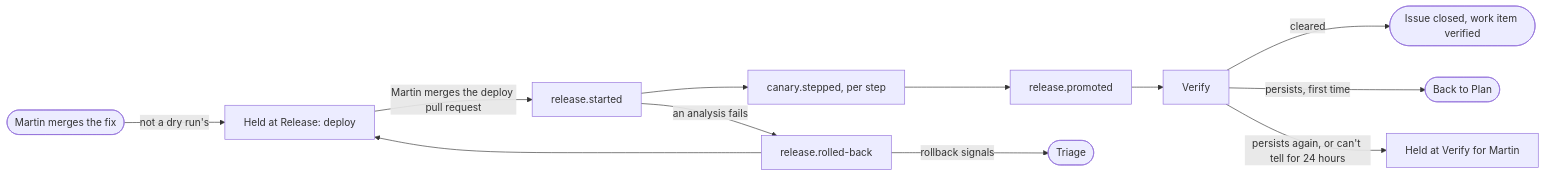
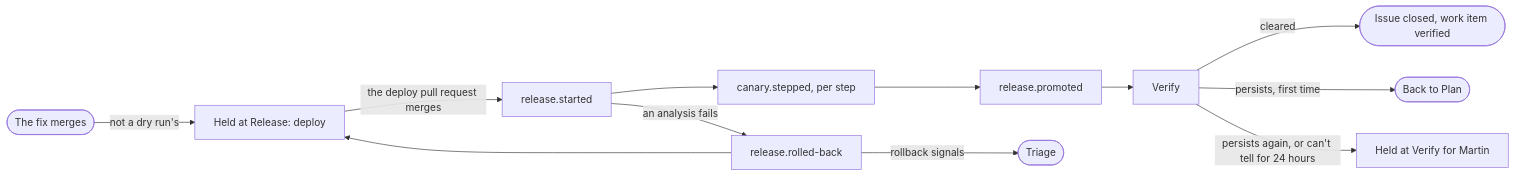
Before and after one commit to mrogan/cv-software-factory: the diagram in docs/COMPONENTS/RELEASE-AND-VERIFY.md, drawn with Mermaid. The commit also changed 3 other files, not shown here.

First line of the commit message:
docs(components): stack the planes diagram, name no merger, fix the intake's reach

````diff
--- a/docs/COMPONENTS/RELEASE-AND-VERIFY.md
+++ b/docs/COMPONENTS/RELEASE-AND-VERIFY.md
@@ -8,14 +8,14 @@
 ```mermaid
 flowchart LR
-  merged([Martin merges the fix]) -- "not a dry run's" --> held[Held at Release: deploy]
-  held -- Martin merges the deploy pull request --> started[release.started]
+  merged([The fix merges]) -- "not a dry run's" --> held[Held at Release: deploy]
+  held -- the deploy pull request merges --> started[release.started]
   started --> stepped[canary.stepped, per step]
   stepped --> promoted[release.promoted]
   started -- "an analysis fails" --> rolledback[release.rolled-back]
   rolledback -- rollback signals --> triage([Triage])
   rolledback --> held
   promoted --> verify[Verify]
   verify -- cleared --> closed([Issue closed, work item verified])
   verify -- persists, first time --> plan([Back to Plan])
   verify -- "persists again, or can't tell for 24 hours" --> hold[Held at Verify for Martin]
 ```
````
